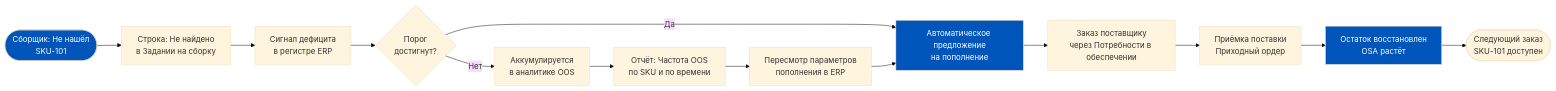
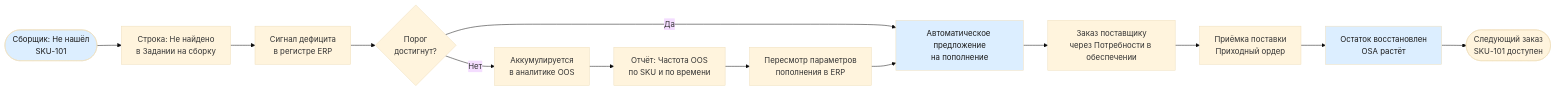
One commit to murad1986/1c-erp-quartz changed the fourth of 6 diagrams in content/1c-erp/week_6/Неделя 6 - День 4 - Отмены и замены.md. Above: the diagram before and after it, drawn with Mermaid (base theme). The commit also changed other lines of this file and 57 other files, not shown here.

First line of the commit message:
fix: Mermaid — пастельные цвета в источниках диаграмм (56 файлов)

````diff
--- a/content/1c-erp/week_6/Неделя 6 - День 4 - Отмены и замены.md
+++ b/content/1c-erp/week_6/Неделя 6 - День 4 - Отмены и замены.md
@@ -306,20 +306,20 @@
 ```mermaid
 flowchart LR
     A([Сборщик: Не нашёл<br/>SKU-101]) --> B[Строка: Не найдено<br/>в Задании на сборку]
     B --> C[Сигнал дефицита<br/>в регистре ERP]
     C --> D{Порог<br/>достигнут?}
     D -- Нет --> E[Аккумулируется<br/>в аналитике OOS]
     D -- Да --> F[Автоматическое предложение<br/>на пополнение]
     F --> G[Заказ поставщику<br/>через Потребности в обеспечении]
     G --> H[Приёмка поставки<br/>Приходный ордер]
     H --> I[Остаток восстановлен<br/>OSA растёт]
     I --> J([Следующий заказ<br/>SKU-101 доступен])
 
     E --> K[Отчёт: Частота OOS<br/>по SKU и по времени]
     K --> L[Пересмотр параметров<br/>пополнения в ERP]
     L --> F
 
-    style A fill:#0055BB,color:#fff
-    style F fill:#0055BB,color:#fff
-    style I fill:#0055BB,color:#fff
+    style A fill:#dceeff,color:#1a1a1a
+    style F fill:#dceeff,color:#1a1a1a
+    style I fill:#dceeff,color:#1a1a1a
 ```
````
